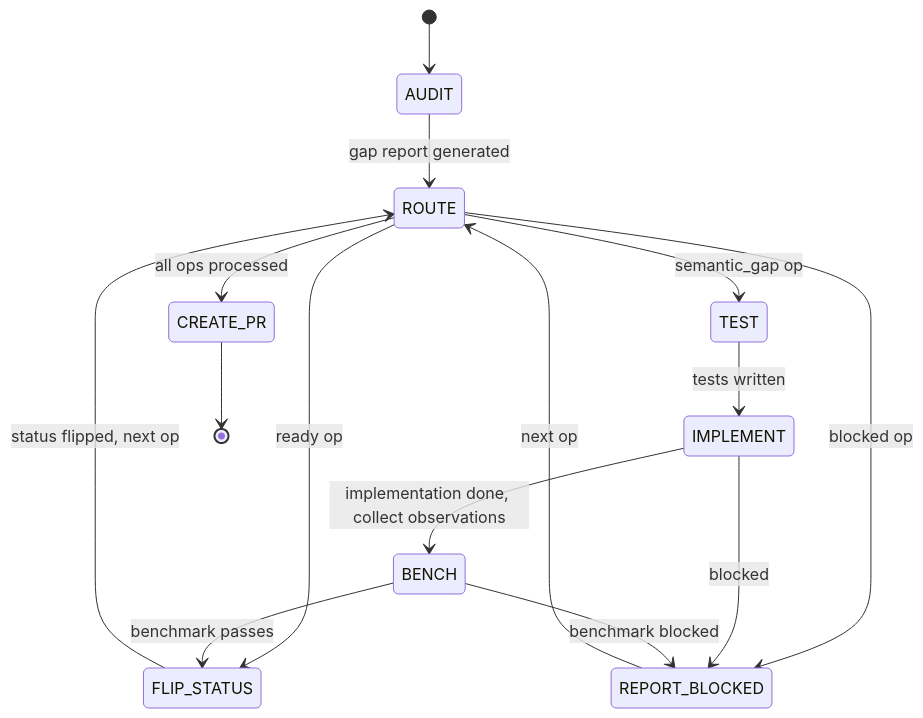
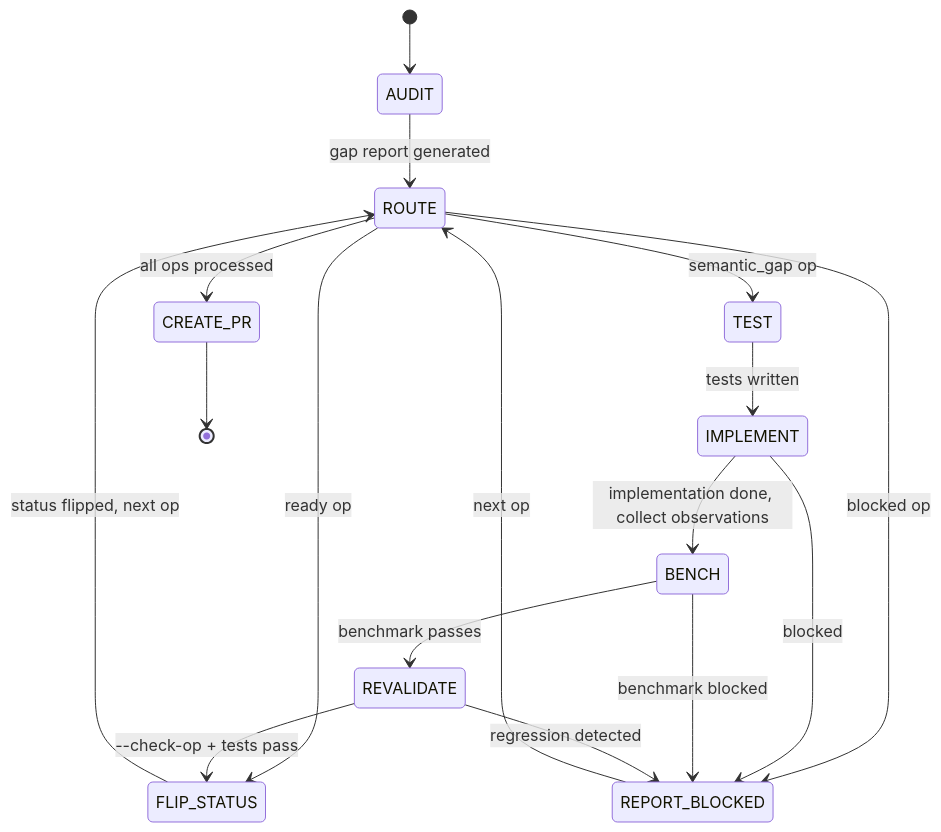
The diagram in .claude/skills/spec-pipeline/SKILL.md (tile-ai/TileOPs), drawn with Mermaid before and after one commit. The commit also changed other lines of this file and 1 other file, not shown here.

````diff
--- a/.claude/skills/spec-pipeline/SKILL.md
+++ b/.claude/skills/spec-pipeline/SKILL.md
@@ -24,17 +24,19 @@
 ```mermaid
 stateDiagram-v2
     [*] --> AUDIT
     AUDIT --> ROUTE: gap report generated
     ROUTE --> TEST: semantic_gap op
     ROUTE --> FLIP_STATUS: ready op
     ROUTE --> REPORT_BLOCKED: blocked op
     TEST --> IMPLEMENT: tests written
     IMPLEMENT --> BENCH: implementation done, collect observations
     IMPLEMENT --> REPORT_BLOCKED: blocked
-    BENCH --> FLIP_STATUS: benchmark passes
+    BENCH --> REVALIDATE: benchmark passes
     BENCH --> REPORT_BLOCKED: benchmark blocked
+    REVALIDATE --> FLIP_STATUS: --check-op + tests pass
+    REVALIDATE --> REPORT_BLOCKED: regression detected
     FLIP_STATUS --> ROUTE: status flipped, next op
     REPORT_BLOCKED --> ROUTE: next op
     ROUTE --> CREATE_PR: all ops processed
     CREATE_PR --> [*]
 ```
````
